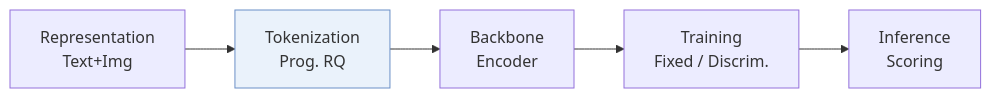
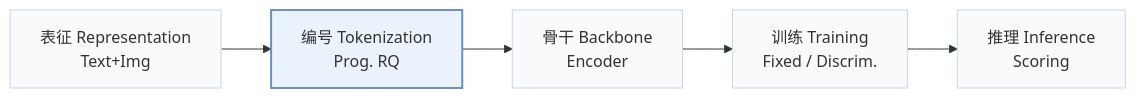
Before and after one commit to Galaxy-ghost/Awesome-SID-Generative-Rec: the first of 2 diagrams in pages/zh/papers/psrq.md, drawn with Mermaid. The commit also changed other lines of this file and 649 other files, not shown here.

Commit message:
writer-05: also tags and modality index (schema, check, build, visuals); summary field removed; calibration data for 12 papers

````diff
--- a/pages/zh/papers/psrq.md
+++ b/pages/zh/papers/psrq.md
@@ -13,6 +15,8 @@
 ```mermaid
 flowchart LR
-    R["Representation<br/>Text+Img"] --> T["Tokenization<br/>Prog. RQ"] --> B["Backbone<br/>Encoder"] --> TR["Training<br/>Fixed / Discrim."] --> I["Inference<br/>Scoring"]
-    classDef main fill:#eaf2fb,stroke:#6b8fc7
+    R["表征 Representation<br/>Text+Img"] --> T["编号 Tokenization<br/>Prog. RQ"] --> B["骨干 Backbone<br/>Encoder"] --> TR["训练 Training<br/>Fixed / Discrim."] --> I["推理 Inference<br/>Scoring"]
+    classDef base fill:#f8fafc,stroke:#cbd5e1
+    class R,T,B,TR,I base
+    classDef main fill:#eaf2fb,stroke:#6b8fc7,stroke-width:2px
     class T main
 ```
````
